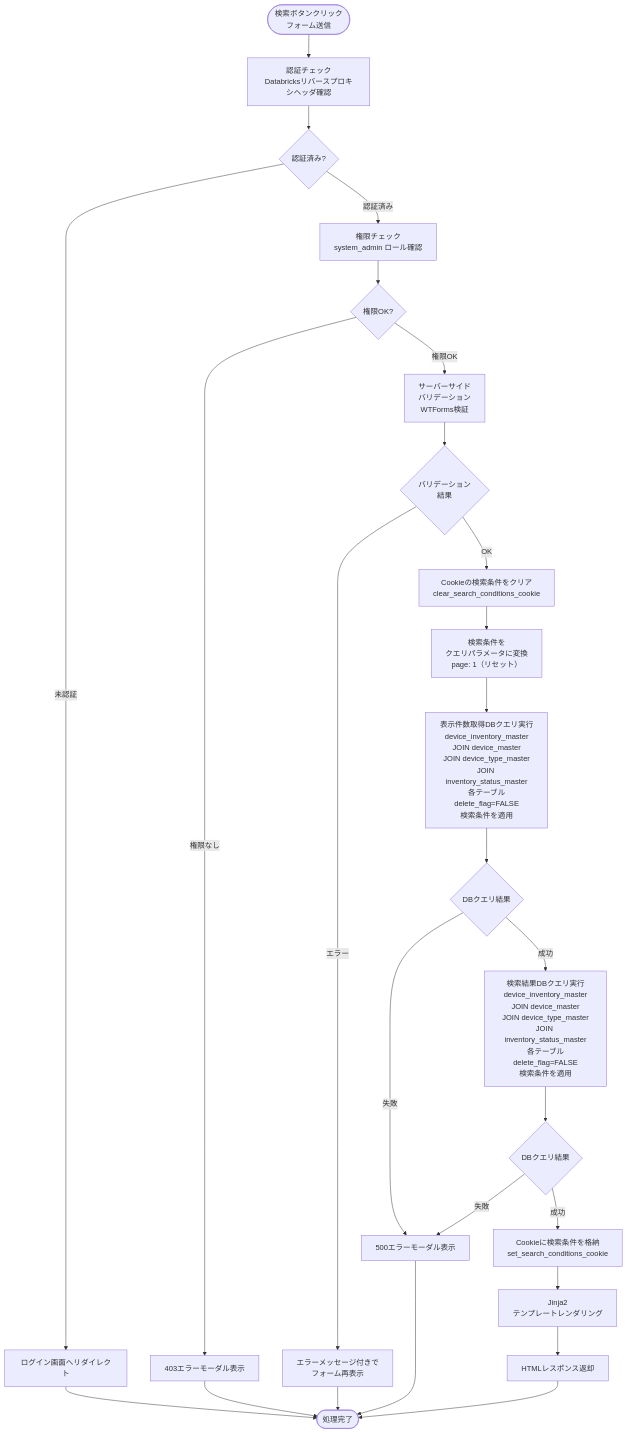
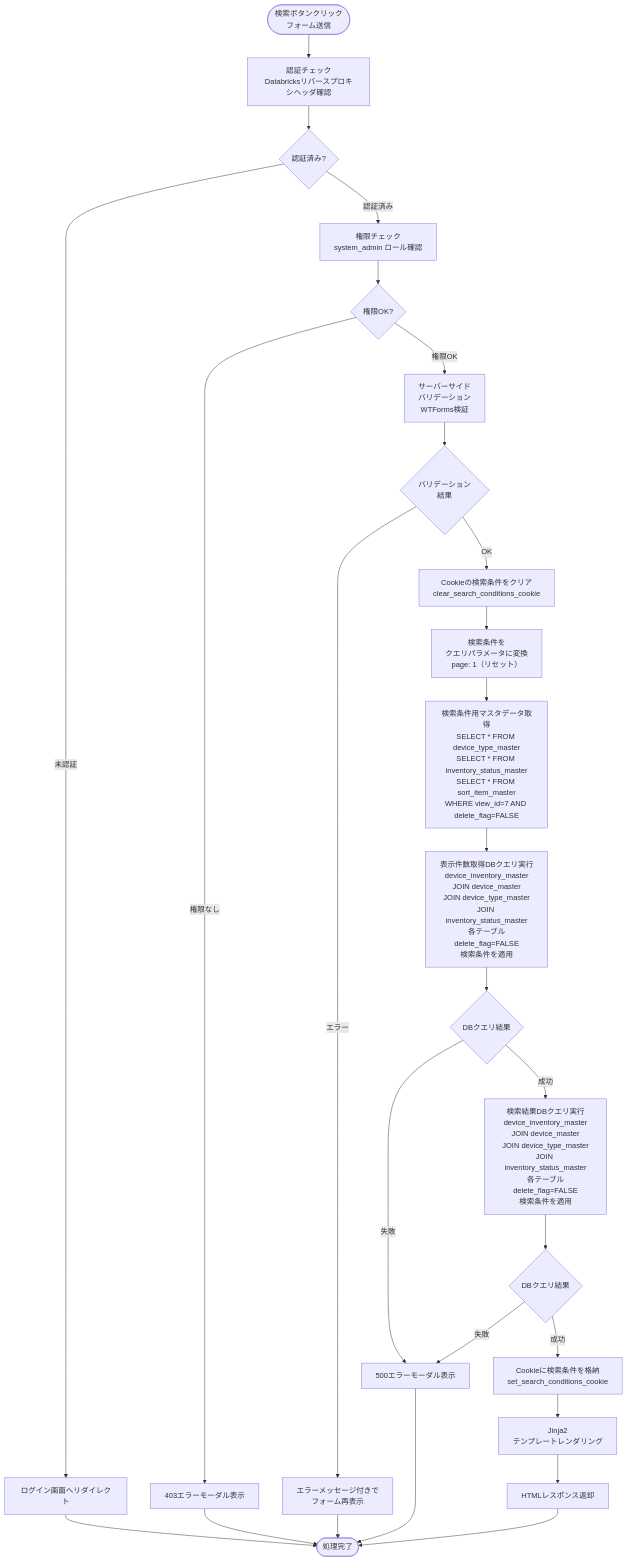
One commit to NSW-SVCP-AIWG002/Databricks-IoT changed the second of 9 diagrams in docs/03-features/flask-app/device-inventory/workflow-specification.md. Above: the diagram before and after it, drawn with Mermaid. The commit also changed other lines of this file and 2 other files, not shown here.

````diff
--- a/docs/03-features/flask-app/device-inventory/workflow-specification.md
+++ b/docs/03-features/flask-app/device-inventory/workflow-specification.md
@@ -331,36 +347,37 @@
 ```mermaid
 flowchart TD
     Start([検索ボタンクリック<br>フォーム送信]) --> Auth[認証チェック<br>Databricksリバースプロキシヘッダ確認]
     Auth --> CheckAuth{認証済み?}
     CheckAuth -->|未認証| Error401[ログイン画面へリダイレクト]
     Error401 --> End([処理完了])
 
     CheckAuth -->|認証済み| Permission[権限チェック<br>system_admin ロール確認]
     Permission --> CheckPerm{権限OK?}
     CheckPerm -->|権限なし| Error403[403エラーモーダル表示]
     Error403 --> End
 
     CheckPerm -->|権限OK| Validate[サーバーサイド<br>バリデーション<br>WTForms検証]
     Validate --> ValidCheck{バリデーション<br>結果}
 
     ValidCheck -->|エラー| ValidError[エラーメッセージ付きで<br>フォーム再表示]
     ValidError --> End
 
     ValidCheck -->|OK| ClearCookie[Cookieの検索条件をクリア<br>clear_search_conditions_cookie]
     ClearCookie --> Convert[検索条件を<br>クエリパラメータに変換<br>page: 1（リセット）]
-    Convert --> Count[表示件数取得DBクエリ実行<br>device_inventory_master<br>JOIN device_master<br>JOIN device_type_master<br>JOIN inventory_status_master<br>各テーブルdelete_flag=FALSE<br>検索条件を適用]
+    Convert --> LoadMaster[検索条件用マスタデータ取得<br>SELECT * FROM device_type_master<br>SELECT * FROM inventory_status_master<br>SELECT * FROM sort_item_master<br>WHERE view_id=7 AND delete_flag=FALSE]
+    LoadMaster --> Count[表示件数取得DBクエリ実行<br>device_inventory_master<br>JOIN device_master<br>JOIN device_type_master<br>JOIN inventory_status_master<br>各テーブルdelete_flag=FALSE<br>検索条件を適用]
     Count --> CheckDB{DBクエリ結果}
 
     CheckDB -->|失敗| Error500[500エラーモーダル表示]
     Error500 --> End
 
     CheckDB -->|成功| Query[検索結果DBクエリ実行<br>device_inventory_master<br>JOIN device_master<br>JOIN device_type_master<br>JOIN inventory_status_master<br>各テーブルdelete_flag=FALSE<br>検索条件を適用]
     Query --> CheckDB2{DBクエリ結果}
 
     CheckDB2 -->|失敗| Error500
 
     CheckDB2 -->|成功| PutParams[Cookieに検索条件を格納<br>set_search_conditions_cookie]
     PutParams --> Template[Jinja2<br>テンプレートレンダリング]
     Template --> Response[HTMLレスポンス返却]
     Response --> End
 ```
````
